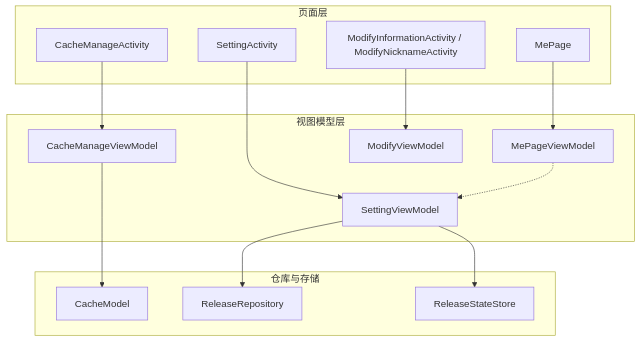
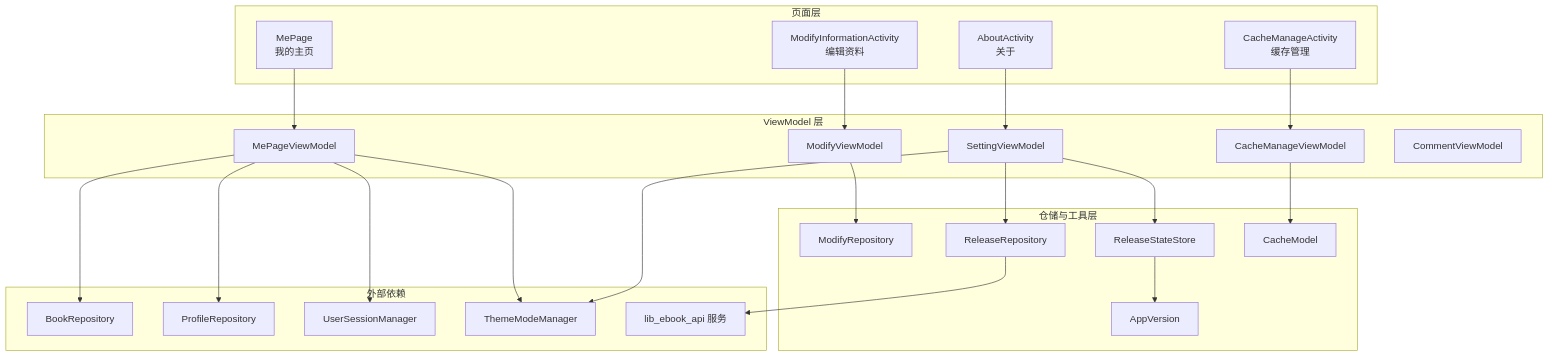
Before and after one commit to xrn1997/android-ebook: the first of 8 diagrams in .qoder/repowiki/zh/content/核心模块/个人中心模块 (module_me)/个人中心模块 (module_me).md, drawn with Mermaid. The commit also changed other lines of this file and 456 other files, not shown here.

````diff
--- a/.qoder/repowiki/zh/content/核心模块/个人中心模块 (module_me)/个人中心模块 (module_me).md
+++ b/.qoder/repowiki/zh/content/核心模块/个人中心模块 (module_me)/个人中心模块 (module_me).md
@@ -50,32 +55,49 @@
 ```mermaid
 graph TB
-  subgraph "页面层"
-    A["MePage"]
-    B["SettingActivity"]
-    C["CacheManageActivity"]
-    D["ModifyInformationActivity / ModifyNicknameActivity"]
-  end
+    subgraph "页面层"
+        MP["MePage<br/>我的主页"]
+        MI["ModifyInformationActivity<br/>编辑资料"]
+        CM["CacheManageActivity<br/>缓存管理"]
+        AB["AboutActivity<br/>关于"]
+    end
 
-  subgraph "视图模型层"
-    VM1["MePageViewModel"]
-    VM2["SettingViewModel"]
-    VM3["CacheManageViewModel"]
-    VM4["ModifyViewModel"]
-  end
+    subgraph "ViewModel 层"
+        MPVM["MePageViewModel"]
+        MVVM["ModifyViewModel"]
+        CVM["CacheManageViewModel"]
+        SVM["SettingViewModel"]
+        CVMV["CommentViewModel"]
+    end
 
-  subgraph "仓库与存储"
-    R1["CacheModel"]
-    R2["ReleaseRepository"]
-    R3["ReleaseStateStore"]
-  end
+    subgraph "仓储与工具层"
+        MR["ModifyRepository"]
+        RM["ReleaseRepository"]
+        RS["ReleaseStateStore"]
+        CA["CacheModel"]
+        AV["AppVersion"]
+    end
 
-  A --> VM1
-  B --> VM2
-  C --> VM3
-  D --> VM4
+    subgraph "外部依赖"
+        BR["BookRepository"]
+        PR["ProfileRepository"]
+        USM["UserSessionManager"]
+        TMM["ThemeModeManager"]
+        API["lib_ebook_api 服务"]
+    end
 
-  VM1 -.-> VM2
-  VM2 --> R2
-  VM2 --> R3
-  VM3 --> R1
+    MP --> MPVM
+    MI --> MVVM
+    CM --> CVM
+    AB --> SVM
+    MPVM --> BR
+    MPVM --> PR
+    MPVM --> USM
+    MPVM --> TMM
+    MVVM --> MR
+    CVM --> CA
+    SVM --> RM
+    SVM --> RS
+    SVM --> TMM
+    RM --> API
+    RS --> AV
 ```
````
